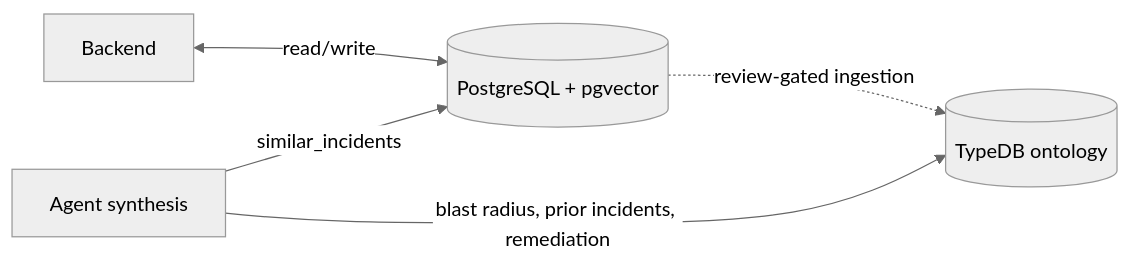
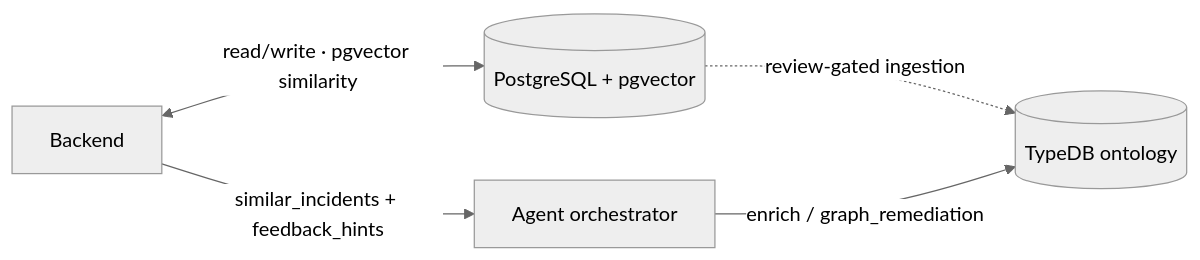
Before and after one commit to uclix-nvidia-sw/runaiRCA: the diagram in docs/DATABASE.md, drawn with Mermaid (neutral theme). The commit also changed other lines of this file and 67 other files, not shown here.

````diff
--- a/docs/DATABASE.md
+++ b/docs/DATABASE.md
@@ -17,7 +17,7 @@
 ```mermaid
 flowchart LR
-  BE[Backend] <-->|read/write| PG[(PostgreSQL + pgvector)]
+  BE[Backend] <-->|"read/write · pgvector similarity"| PG[(PostgreSQL + pgvector)]
   PG -.->|review-gated ingestion| TDB[(TypeDB ontology)]
-  AG[Agent synthesis] -->|similar_incidents| PG
-  AG -->|blast radius, prior incidents, remediation| TDB
+  BE -->|similar_incidents + feedback_hints| AG[Agent orchestrator]
+  AG -->|"enrich / graph_remediation"| TDB
 ```
````
